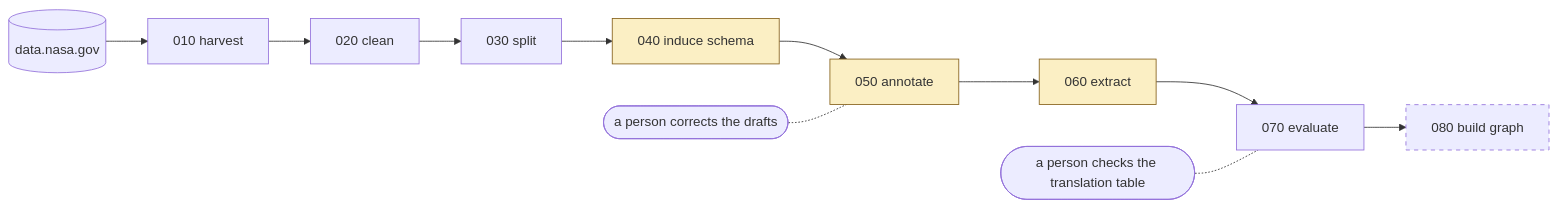
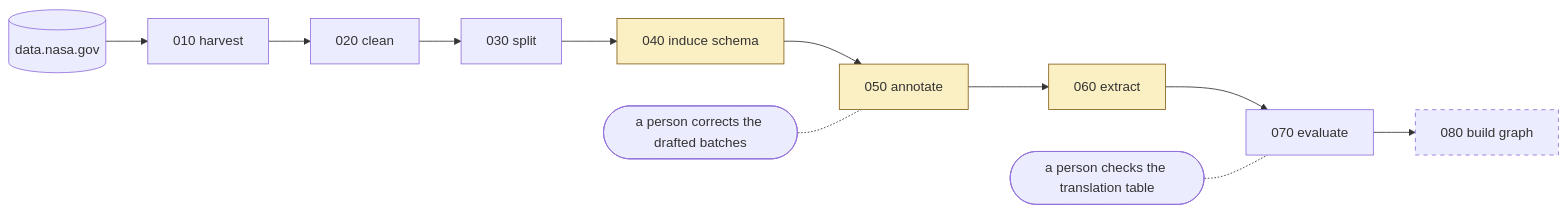
The first of 5 diagrams in docs/pipeline_in_pictures.md (iulia-iordanescu/datanasagov_KG_proj), drawn with Mermaid before and after one commit. The commit also changed other lines of this file and 69 other files, not shown here.

````diff
--- a/docs/pipeline_in_pictures.md
+++ b/docs/pipeline_in_pictures.md
@@ -9,18 +9,18 @@
 ```mermaid
 flowchart LR
     API[(data.nasa.gov)] --> S010["010 harvest"]
     S010 --> S020["020 clean"]
     S020 --> S030["030 split"]
     S030 --> S040["040 induce schema"]
     S040 --> S050["050 annotate"]
     S050 --> S060["060 extract"]
     S060 --> S070["070 evaluate"]
     S070 --> S080["080 build graph"]
-    P1(["a person corrects the drafts"]) -.- S050
+    P1(["a person corrects the drafted batches"]) -.- S050
     P2(["a person checks the translation table"]) -.- S070
 
     classDef model fill:#fbefc4,stroke:#85601a
     classDef notbuilt stroke-dasharray: 5 5
     class S040,S050,S060 model
     class S080 notbuilt
 ```
````
